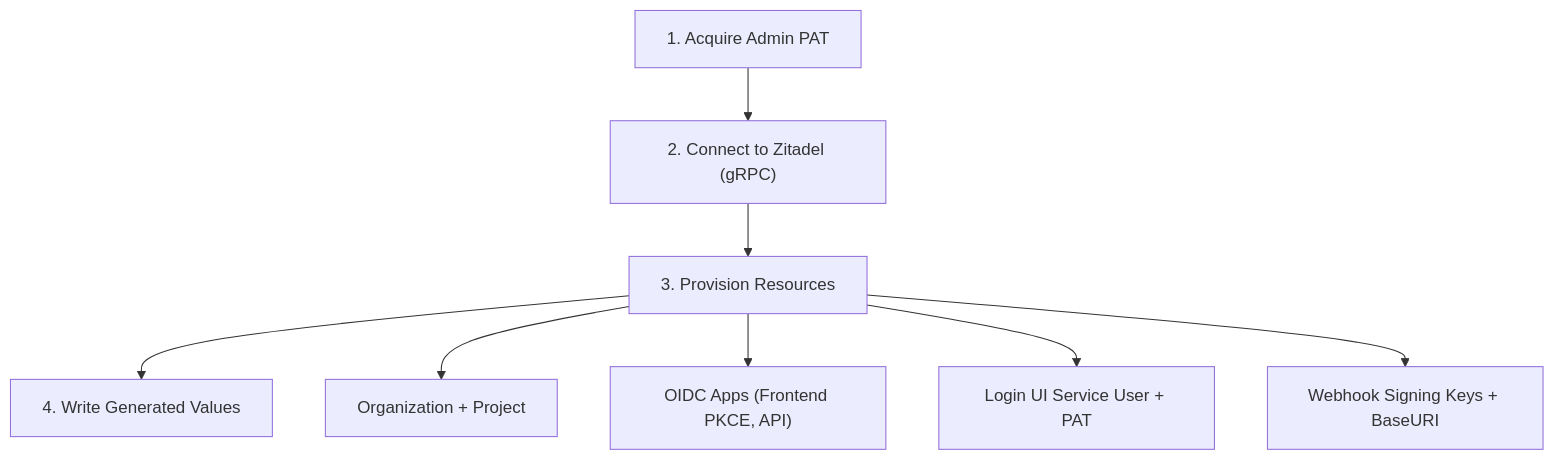
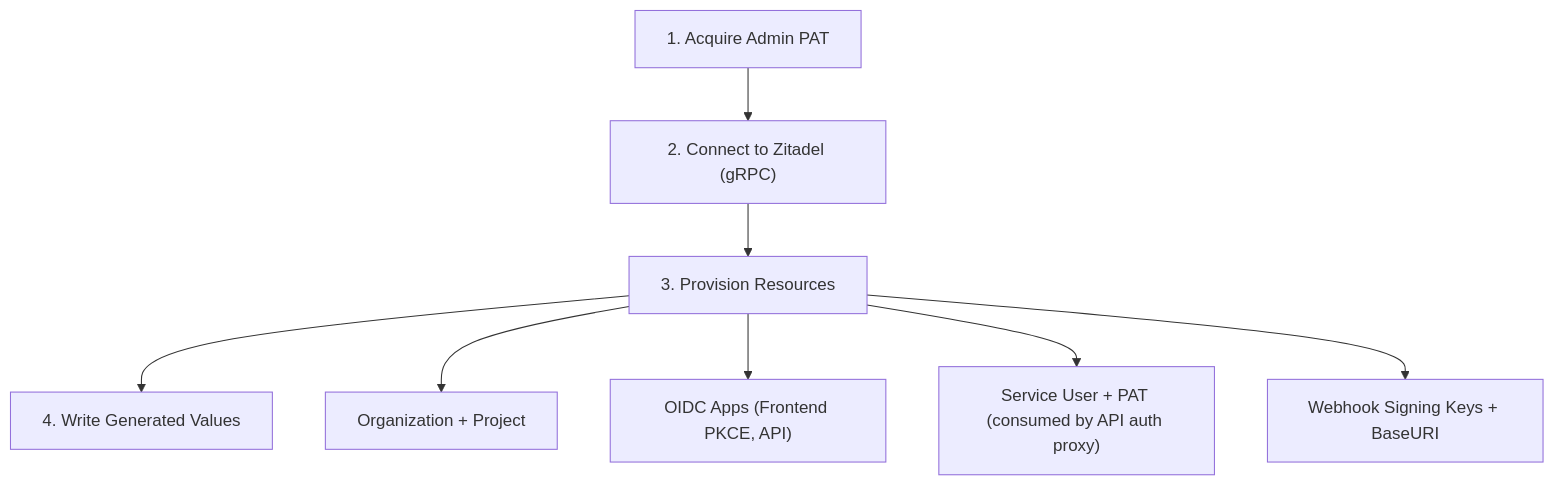
The second of 2 diagrams in docs/user-guides/authentication/zitadel-setup.md (vhco-pro/stackweaver-frontend), drawn with Mermaid before and after one commit. The commit also changed other lines of this file and 71 other files, not shown here.

````diff
--- a/docs/user-guides/authentication/zitadel-setup.md
+++ b/docs/user-guides/authentication/zitadel-setup.md
@@ -264,11 +247,11 @@
 ```mermaid
 flowchart TD
     A["1. Acquire Admin PAT"] --> B["2. Connect to Zitadel (gRPC)"]
     B --> C["3. Provision Resources"]
     C --> D["4. Write Generated Values"]
 
     C --> C1["Organization + Project"]
     C --> C2["OIDC Apps (Frontend PKCE, API)"]
-    C --> C3["Login UI Service User + PAT"]
+    C --> C3["Service User + PAT (consumed by API auth proxy)"]
     C --> C4["Webhook Signing Keys + BaseURI"]
 ```
````
